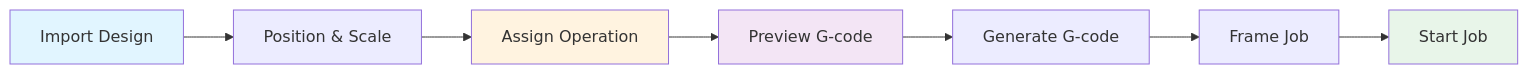
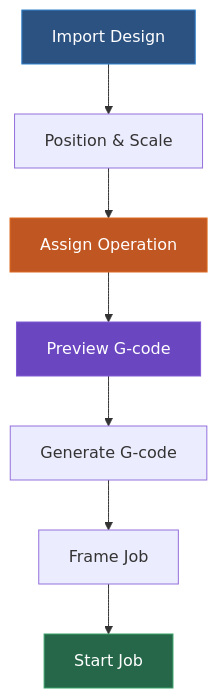
Before and after one commit to yuri-schmaltz/my-rayforge: the diagram in website/content/docs/getting-started/quick-start.md, drawn with Mermaid. The commit also changed 5 other files, not shown here.

Commit message:
update some diagram colors on website for readability

````diff
--- a/website/content/docs/getting-started/quick-start.md
+++ b/website/content/docs/getting-started/quick-start.md
@@ -7,14 +7,14 @@
 ```mermaid
-flowchart LR
+flowchart TB
     A[Import Design] --> B[Position & Scale]
     B --> C[Assign Operation]
     C --> D[Preview G-code]
     D --> E[Generate G-code]
     E --> F[Frame Job]
     F --> G[Start Job]
 
-    style A fill:#e1f5ff
-    style C fill:#fff3e0
-    style D fill:#f3e5f5
-    style G fill:#e8f5e9
+    style A fill:#2c5282,stroke:#3182ce,color:#fff
+    style C fill:#c05621,stroke:#dd6b20,color:#fff
+    style D fill:#6b46c1,stroke:#805ad5,color:#fff
+    style G fill:#276749,stroke:#38a169,color:#fff
 ```
````
